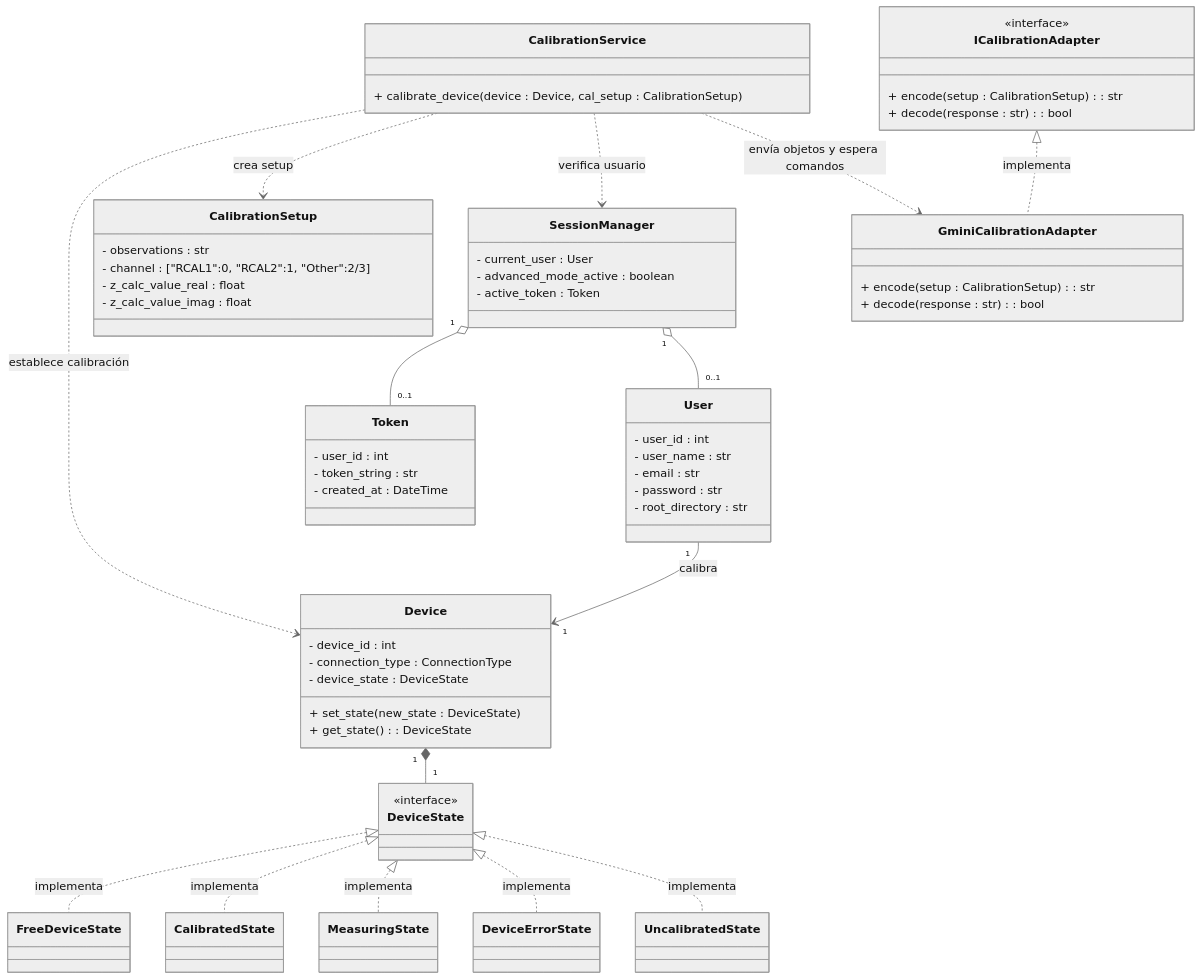
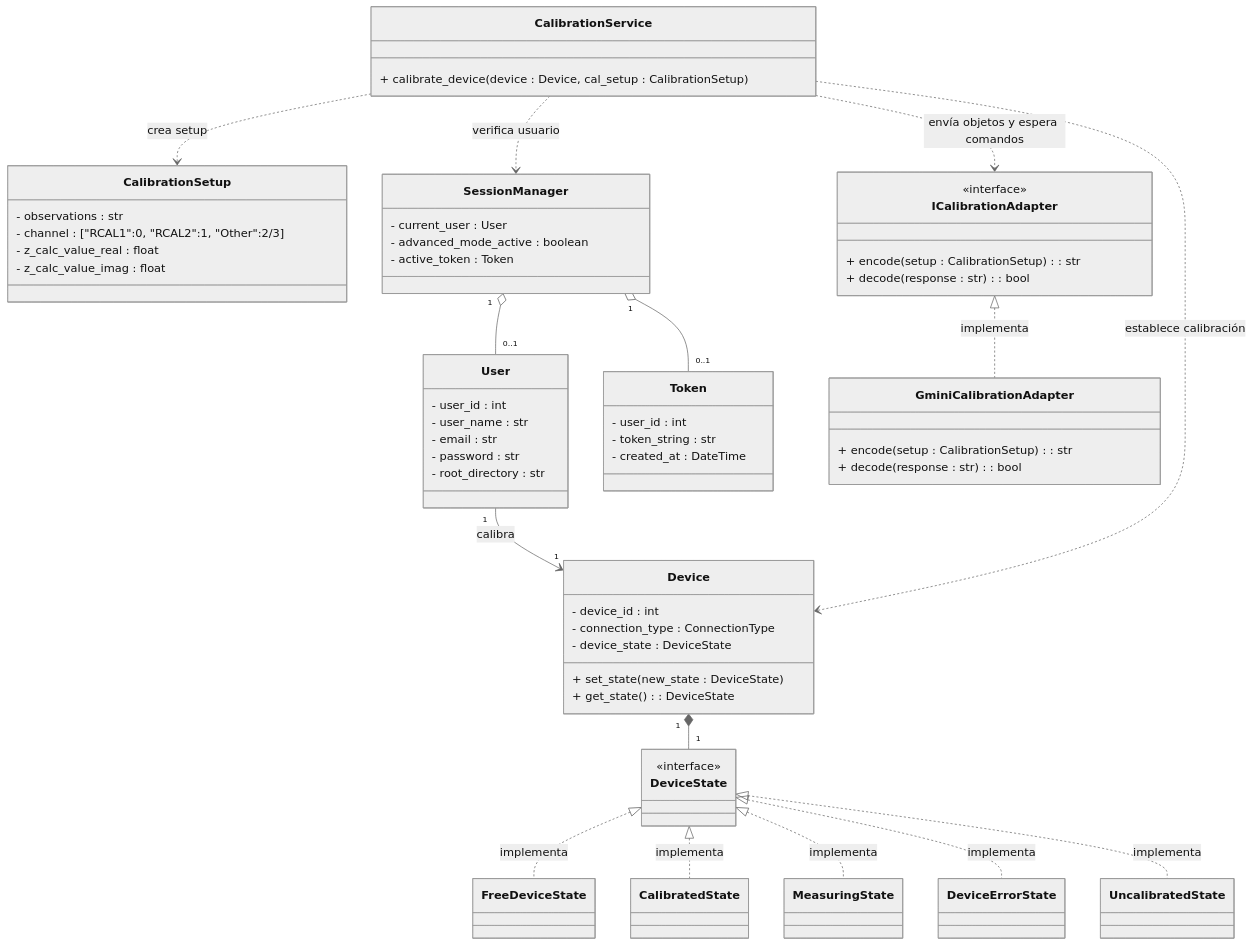
Before and after one commit to alegrelias/Repo-GMini: the third of 6 diagrams in Gmini-MarkDown/Diagramas/Clases Conceptuales.md, drawn with Mermaid (neutral theme). The commit also changed other lines of this file, not shown here.

Commit message:
Se modifica diagrama de clases

````diff
--- a/Gmini-MarkDown/Diagramas/Clases Conceptuales.md
+++ b/Gmini-MarkDown/Diagramas/Clases Conceptuales.md
@@ -530,5 +534,5 @@
 CalibrationService ..> Device : establece calibración
 CalibrationService ..> CalibrationSetup : crea setup
 CalibrationService ..> SessionManager : verifica usuario
-CalibrationService ..> GminiCalibrationAdapter : envía objetos y espera comandos
+CalibrationService ..> ICalibrationAdapter : envía objetos y espera comandos
 ```
````
